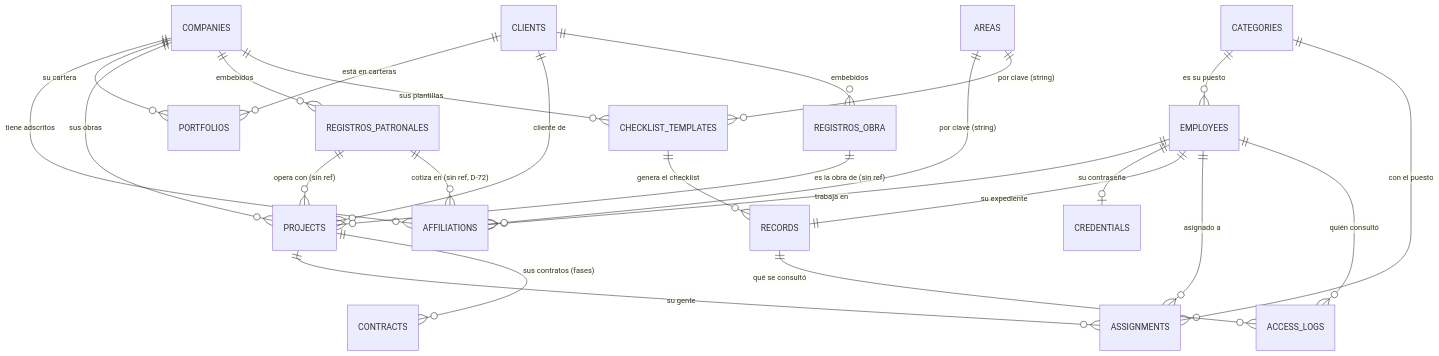
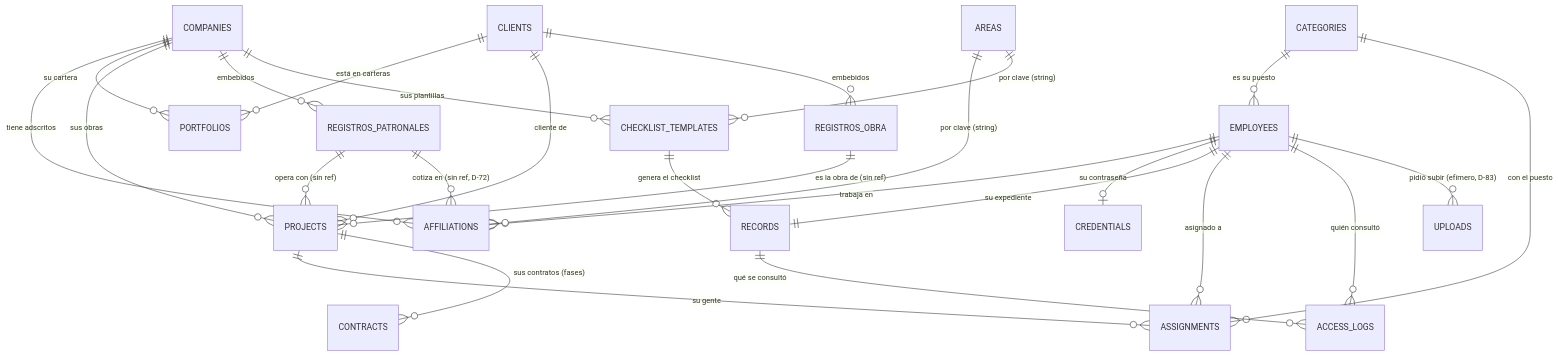
Before and after one commit to alexxruff/cames-files-manager-backend: the diagram in docs/ARQUITECTURA-DATOS.md, drawn with Mermaid. The commit also changed other lines of this file and 37 other files, not shown here.

````diff
--- a/docs/ARQUITECTURA-DATOS.md
+++ b/docs/ARQUITECTURA-DATOS.md
@@ -105,35 +106,37 @@
 ```mermaid
 erDiagram
     COMPANIES  ||--o{ AFFILIATIONS : "tiene adscritos"
     EMPLOYEES  ||--o{ AFFILIATIONS : "trabaja en"
     EMPLOYEES  ||--o| CREDENTIALS  : "su contraseña"
     EMPLOYEES  ||--|| RECORDS      : "su expediente"
     CATEGORIES ||--o{ EMPLOYEES    : "es su puesto"
 
     COMPANIES  ||--o{ PORTFOLIOS   : "su cartera"
     CLIENTS    ||--o{ PORTFOLIOS   : "está en carteras"
 
     COMPANIES  ||--o{ PROJECTS     : "sus obras"
     CLIENTS    ||--o{ PROJECTS     : "cliente de"
 
     PROJECTS   ||--o{ ASSIGNMENTS  : "su gente"
     EMPLOYEES  ||--o{ ASSIGNMENTS  : "asignado a"
     CATEGORIES ||--o{ ASSIGNMENTS  : "con el puesto"
 
     PROJECTS   ||--o{ CONTRACTS    : "sus contratos (fases)"
 
     COMPANIES  ||--o{ REGISTROS_PATRONALES : "embebidos"
     CLIENTS    ||--o{ REGISTROS_OBRA       : "embebidos"
     REGISTROS_PATRONALES ||--o{ PROJECTS     : "opera con (sin ref)"
     REGISTROS_PATRONALES ||--o{ AFFILIATIONS : "cotiza en (sin ref, D-72)"
     REGISTROS_OBRA       ||--o{ PROJECTS     : "es la obra de (sin ref)"
 
     COMPANIES  ||--o{ CHECKLIST_TEMPLATES : "sus plantillas"
     CHECKLIST_TEMPLATES ||--o{ RECORDS    : "genera el checklist"
 
     EMPLOYEES  ||--o{ ACCESS_LOGS  : "quién consultó"
     RECORDS    ||--o{ ACCESS_LOGS  : "qué se consultó"
 
+    EMPLOYEES  ||--o{ UPLOADS       : "pidió subir (efímero, D-83)"
+
     AREAS      ||--o{ AFFILIATIONS : "por clave (string)"
     AREAS      ||--o{ CHECKLIST_TEMPLATES : "por clave (string)"
 ```
````
